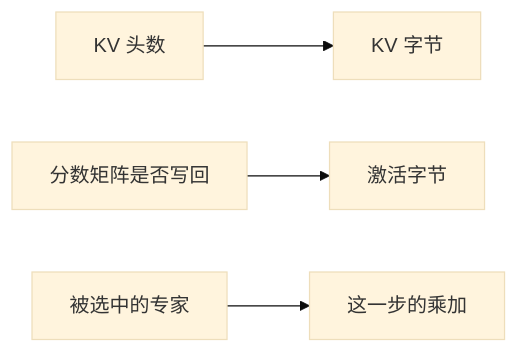
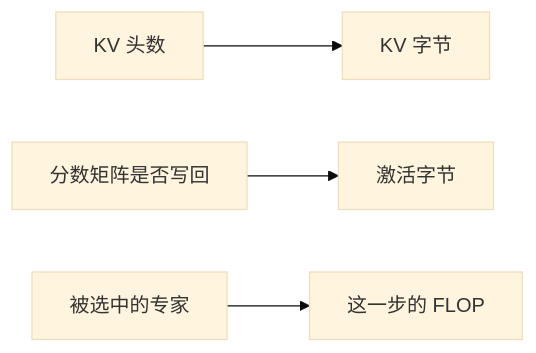
Before and after one commit to cyberspacelee/llms-from-scratch: the second of 2 diagrams in site/src/content/lessons/systems/ledger.mdx, drawn with Mermaid (base theme). The commit also changed other lines of this file and 21 other files, not shown here.

````diff
--- a/site/src/content/lessons/systems/ledger.mdx
+++ b/site/src/content/lessons/systems/ledger.mdx
@@ -99,6 +101,6 @@
 ```mermaid
 flowchart LR
   heads[KV 头数] --> bytes[KV 字节]
   score[分数矩阵是否写回] --> act[激活字节]
-  experts[被选中的专家] --> flops[这一步的乘加]
+  experts[被选中的专家] --> flops[这一步的 FLOP]
 ```
````
